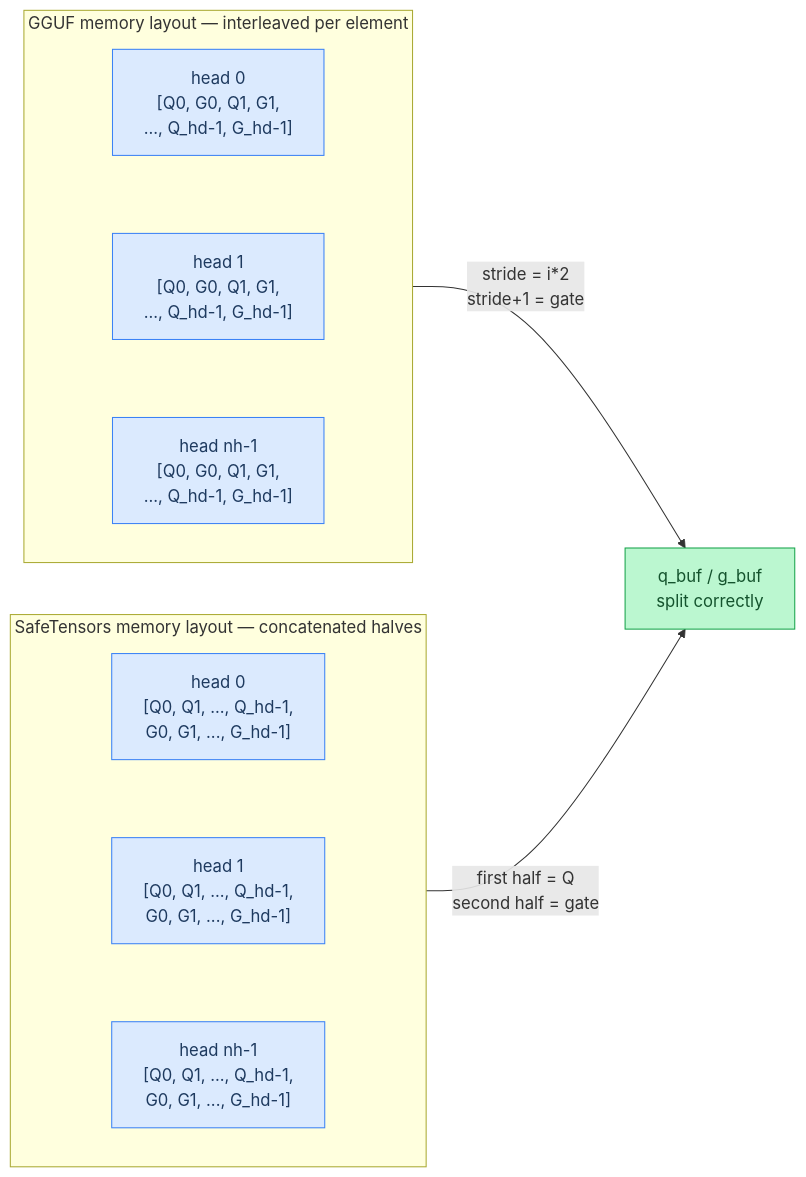
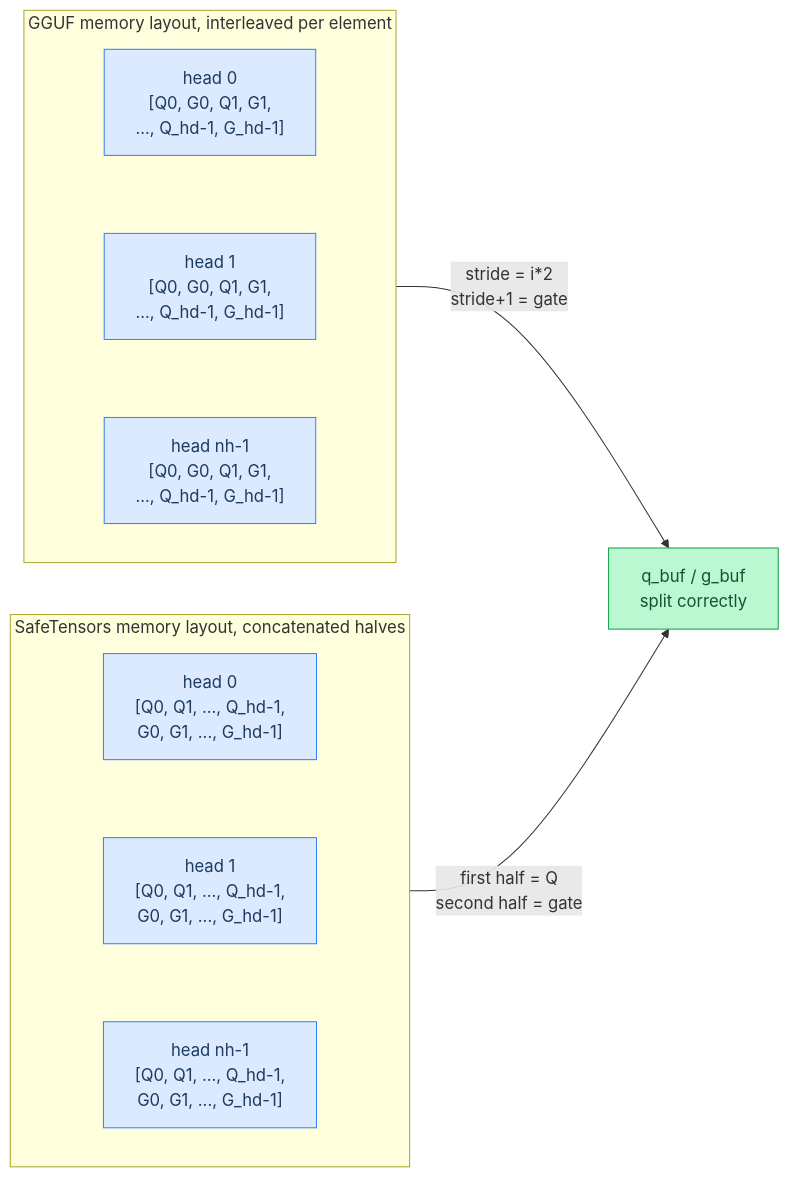
Before and after one commit to maci0/agave: the fifth of 9 diagrams in docs/tutorial/14-format-conventions.md, drawn with Mermaid. The commit also changed other lines of this file and 196 other files, not shown here.

````diff
--- a/docs/tutorial/14-format-conventions.md
+++ b/docs/tutorial/14-format-conventions.md
@@ -364,30 +364,30 @@
 ```mermaid
 flowchart LR
     classDef setup     fill:#dbeafe,stroke:#3b82f6,color:#1e3a5f
     classDef sync      fill:#dcfce7,stroke:#22c55e,color:#14532d
     classDef migration fill:#fef9c3,stroke:#eab308,color:#713f12
     classDef success   fill:#bbf7d0,stroke:#16a34a,color:#14532d
     classDef danger    fill:#fee2e2,stroke:#ef4444,color:#7f1d1d
     classDef optional  fill:#f3e8ff,stroke:#9333ea,color:#581c87
 
     GH0["head 0\n[Q0, G0, Q1, G1,\n..., Q_hd-1, G_hd-1]"]:::setup
     GH1["head 1\n[Q0, G0, Q1, G1,\n..., Q_hd-1, G_hd-1]"]:::setup
     GHN["head nh-1\n[Q0, G0, Q1, G1,\n..., Q_hd-1, G_hd-1]"]:::setup
     SH0["head 0\n[Q0, Q1, ..., Q_hd-1,\n G0, G1, ..., G_hd-1]"]:::setup
     SH1["head 1\n[Q0, Q1, ..., Q_hd-1,\n G0, G1, ..., G_hd-1]"]:::setup
     SHN["head nh-1\n[Q0, Q1, ..., Q_hd-1,\n G0, G1, ..., G_hd-1]"]:::setup
     SplitG["q_buf / g_buf\nsplit correctly"]:::success
 
-    subgraph GGUFMem["GGUF memory layout — interleaved per element"]
+    subgraph GGUFMem["GGUF memory layout, interleaved per element"]
         direction TB
         GH0 ~~~ GH1 ~~~ GHN
     end
 
-    subgraph STMem["SafeTensors memory layout — concatenated halves"]
+    subgraph STMem["SafeTensors memory layout, concatenated halves"]
         direction TB
         SH0 ~~~ SH1 ~~~ SHN
     end
 
     GGUFMem -->|"stride = i*2\nstride+1 = gate"| SplitG
     STMem -->|"first half = Q\nsecond half = gate"| SplitG
 ```
````
